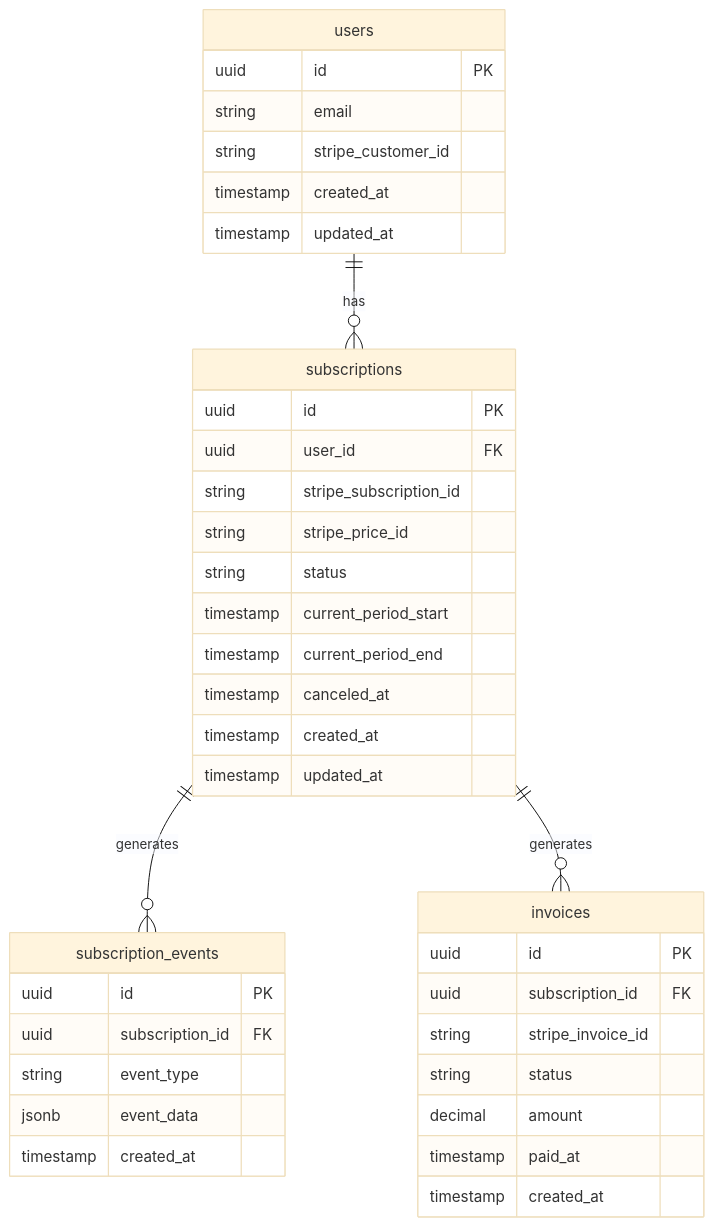
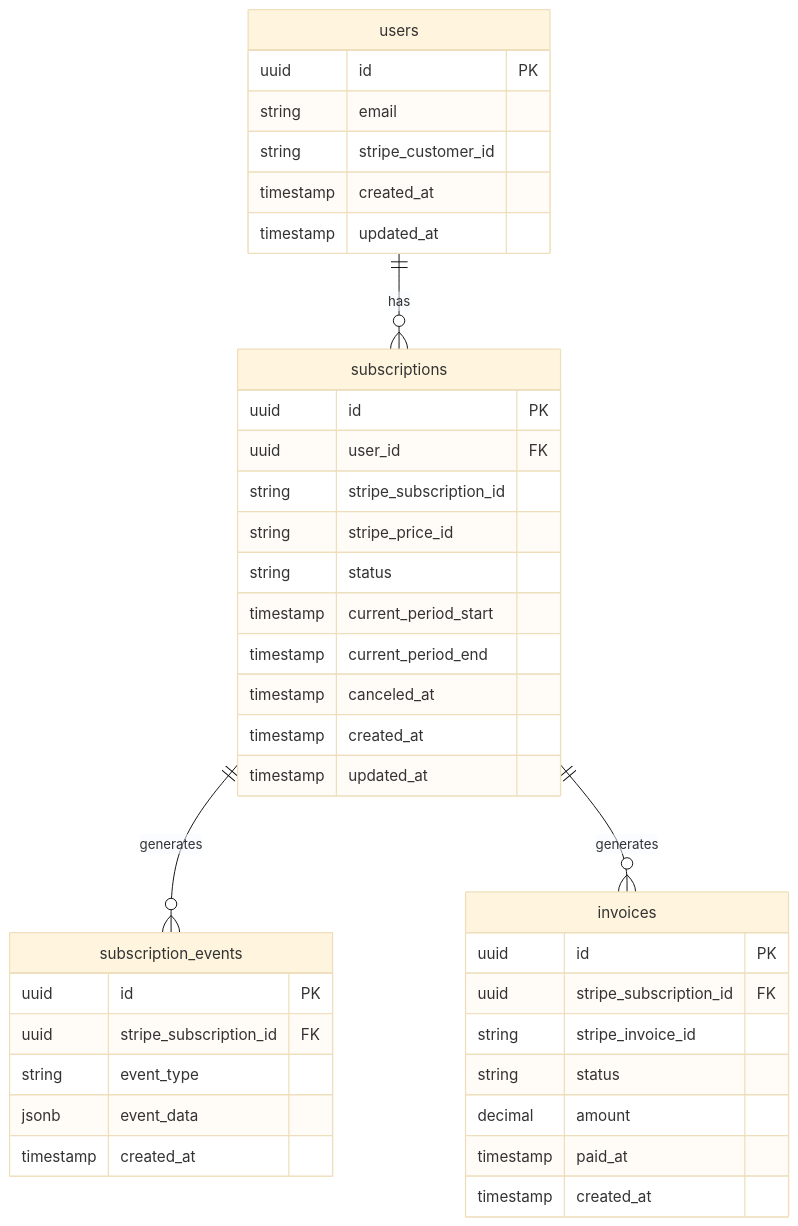
One commit to arashThr/pensive changed the diagram in docs/subscription-schema.mermaid. Above: the diagram before and after it, drawn with Mermaid (base theme). The commit also changed 5 other files, not shown here.

```diff
--- a/docs/subscription-schema.mermaid
+++ b/docs/subscription-schema.mermaid
@@ -1,43 +1,43 @@
 erDiagram
     users ||--o{ subscriptions : has
     subscriptions ||--o{ subscription_events : generates
     subscriptions ||--o{ invoices : generates
     
     users {
         uuid id PK
         string email
         string stripe_customer_id
         timestamp created_at
         timestamp updated_at
     }
 
     subscriptions {
         uuid id PK
         uuid user_id FK
         string stripe_subscription_id
         string stripe_price_id
         string status
         timestamp current_period_start
         timestamp current_period_end
         timestamp canceled_at
         timestamp created_at
         timestamp updated_at
     }
 
     subscription_events {
         uuid id PK
-        uuid subscription_id FK
+        uuid stripe_subscription_id FK
         string event_type
         jsonb event_data
         timestamp created_at
     }
 
     invoices {
         uuid id PK
-        uuid subscription_id FK
+        uuid stripe_subscription_id FK
         string stripe_invoice_id
         string status
         decimal amount
         timestamp paid_at
         timestamp created_at
     }
```
